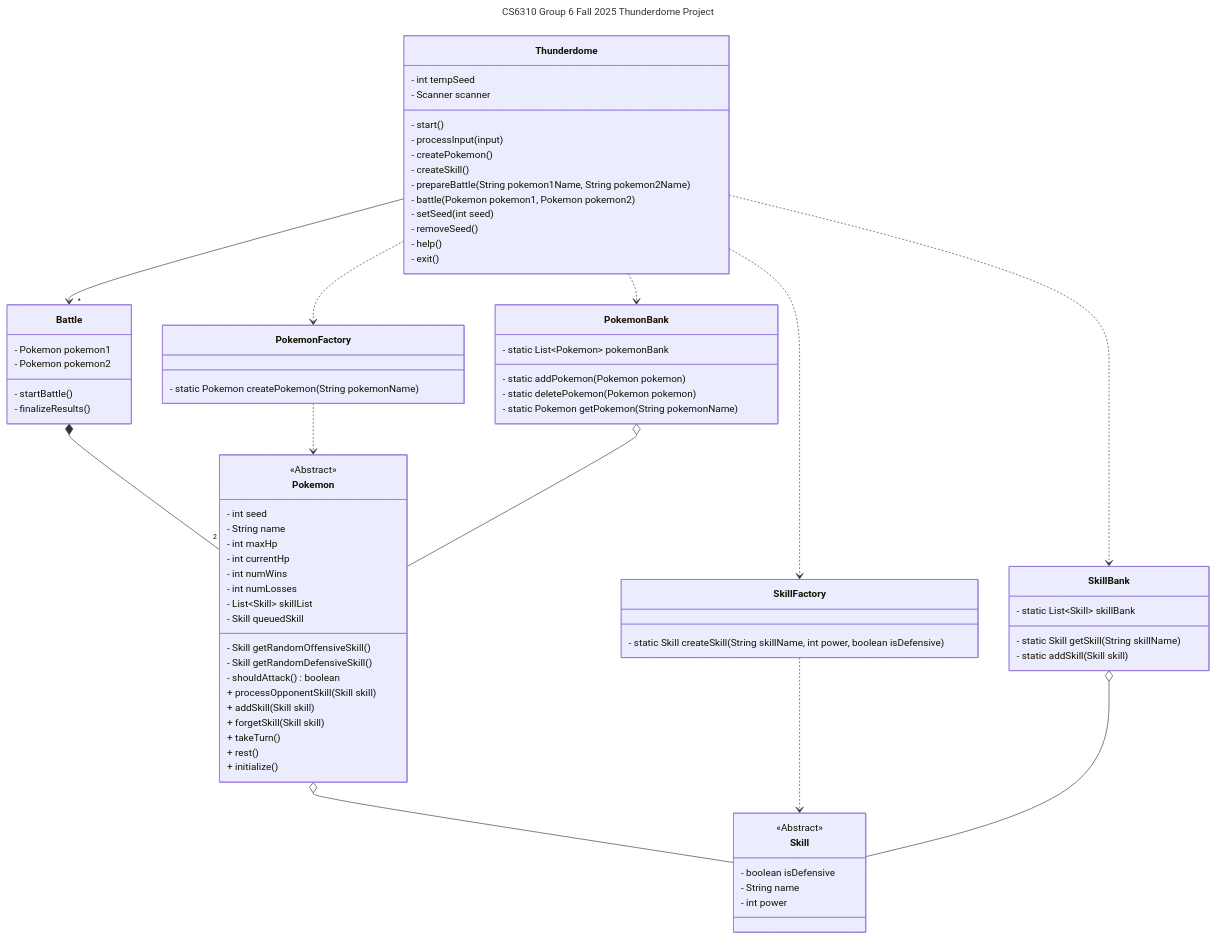
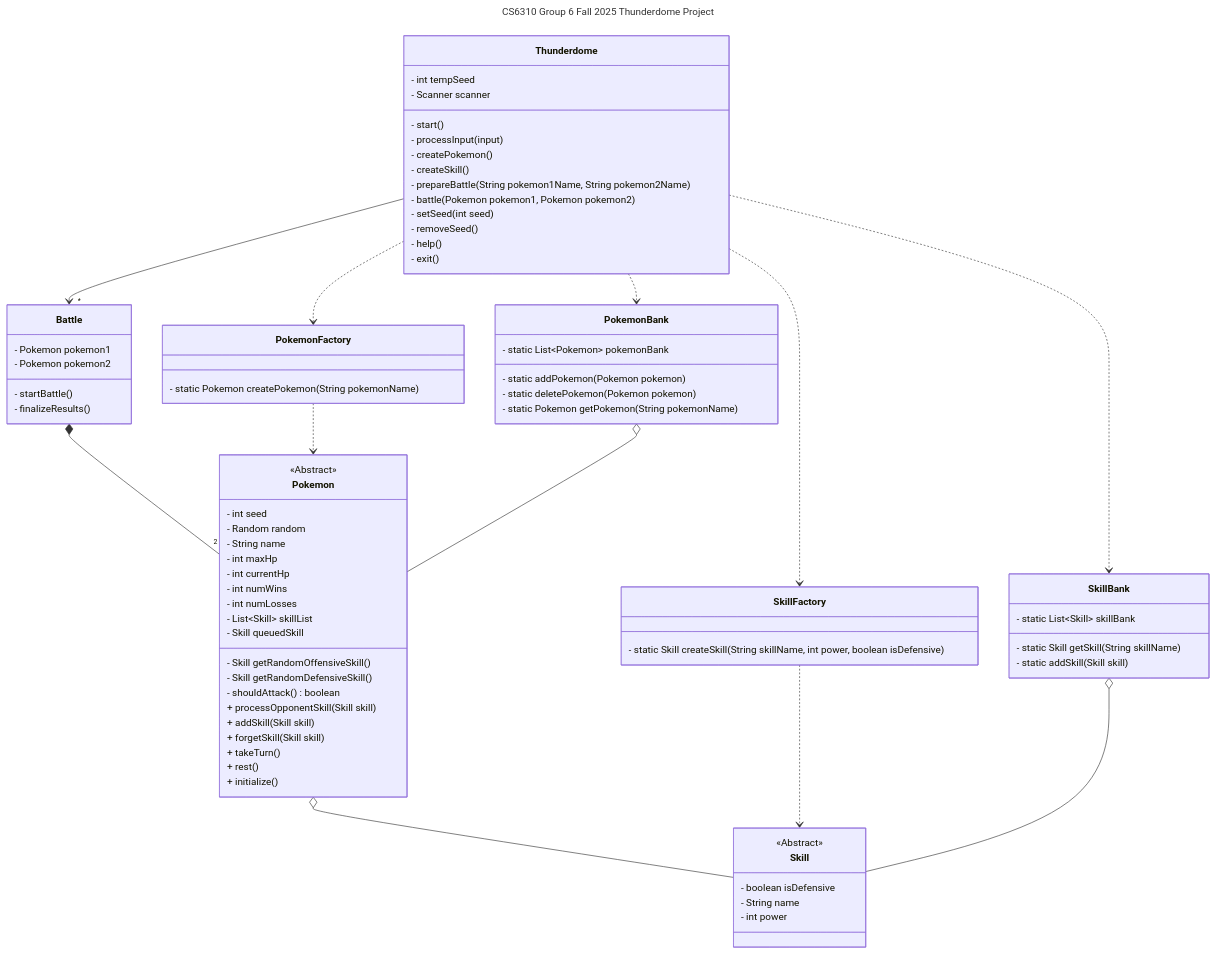
Before and after one commit to seantdeitrich/OMSCS-Notes: the diagram in OMSCS-Notes/CS6310 - Software Architecture & Design/Project/Class Diagram.md, drawn with Mermaid. The commit also changed 1 other file, not shown here.

Commit message:
added todo list

```diff
--- a/OMSCS-Notes/CS6310 - Software Architecture & Design/Project/Class Diagram.md
+++ b/OMSCS-Notes/CS6310 - Software Architecture & Design/Project/Class Diagram.md
@@ -38,6 +38,7 @@
     class Pokemon {
         <<Abstract>>
         - int seed
+        - Random random
         - String name
         - int maxHp
         - int currentHp
```
